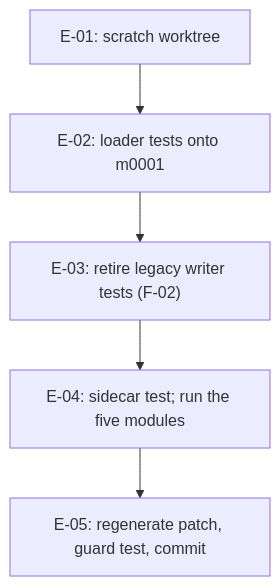
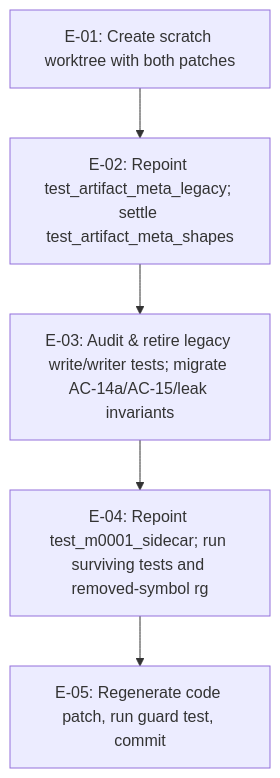
The diagram in .aw/records/plans/pending/20261125-metastore-307-nv3upa-retire-or-repoint-the-legacy-loader-and-writer-unit-tests-in.ipd.md (fariello/agent-workflows), drawn with Mermaid before and after one commit. The commit also changed other lines of this file and 1 other file, not shown here.

````diff
--- a/.aw/records/plans/pending/20261125-metastore-307-nv3upa-retire-or-repoint-the-legacy-loader-and-writer-unit-tests-in.ipd.md
+++ b/.aw/records/plans/pending/20261125-metastore-307-nv3upa-retire-or-repoint-the-legacy-loader-and-writer-unit-tests-in.ipd.md
@@ -92,7 +100,7 @@
 ```mermaid
 flowchart TD
-    E01["E-01: scratch worktree"] --> E02["E-02: loader tests onto m0001"]
-    E02 --> E03["E-03: retire legacy writer tests (F-02)"]
-    E03 --> E04["E-04: sidecar test; run the five modules"]
-    E04 --> E05["E-05: regenerate patch, guard test, commit"]
+    E01["E-01: Create scratch worktree with both patches"] --> E02["E-02: Repoint test_artifact_meta_legacy; settle test_artifact_meta_shapes"]
+    E02 --> E03["E-03: Audit & retire legacy write/writer tests; migrate AC-14a/AC-15/leak invariants"]
+    E03 --> E04["E-04: Repoint test_m0001_sidecar; run surviving tests and removed-symbol rg"]
+    E04 --> E05["E-05: Regenerate code patch, run guard test, commit"]
 ```
````
